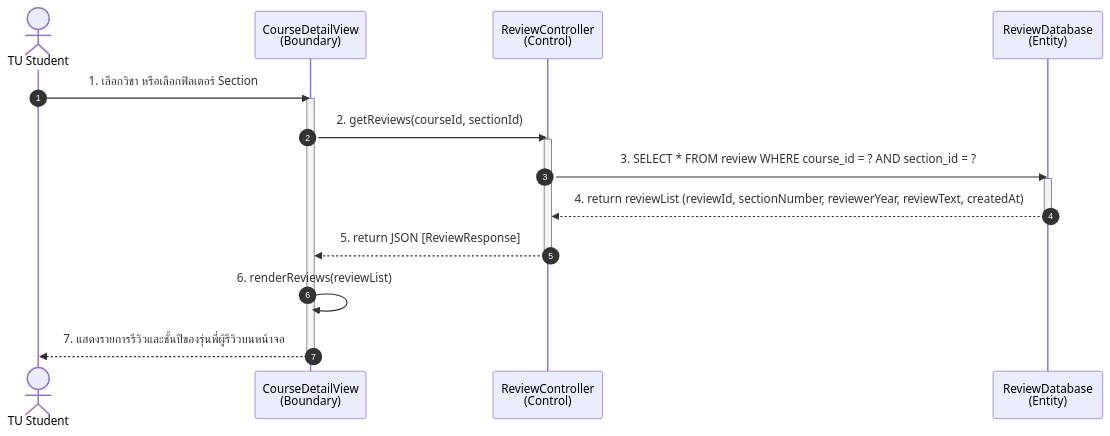
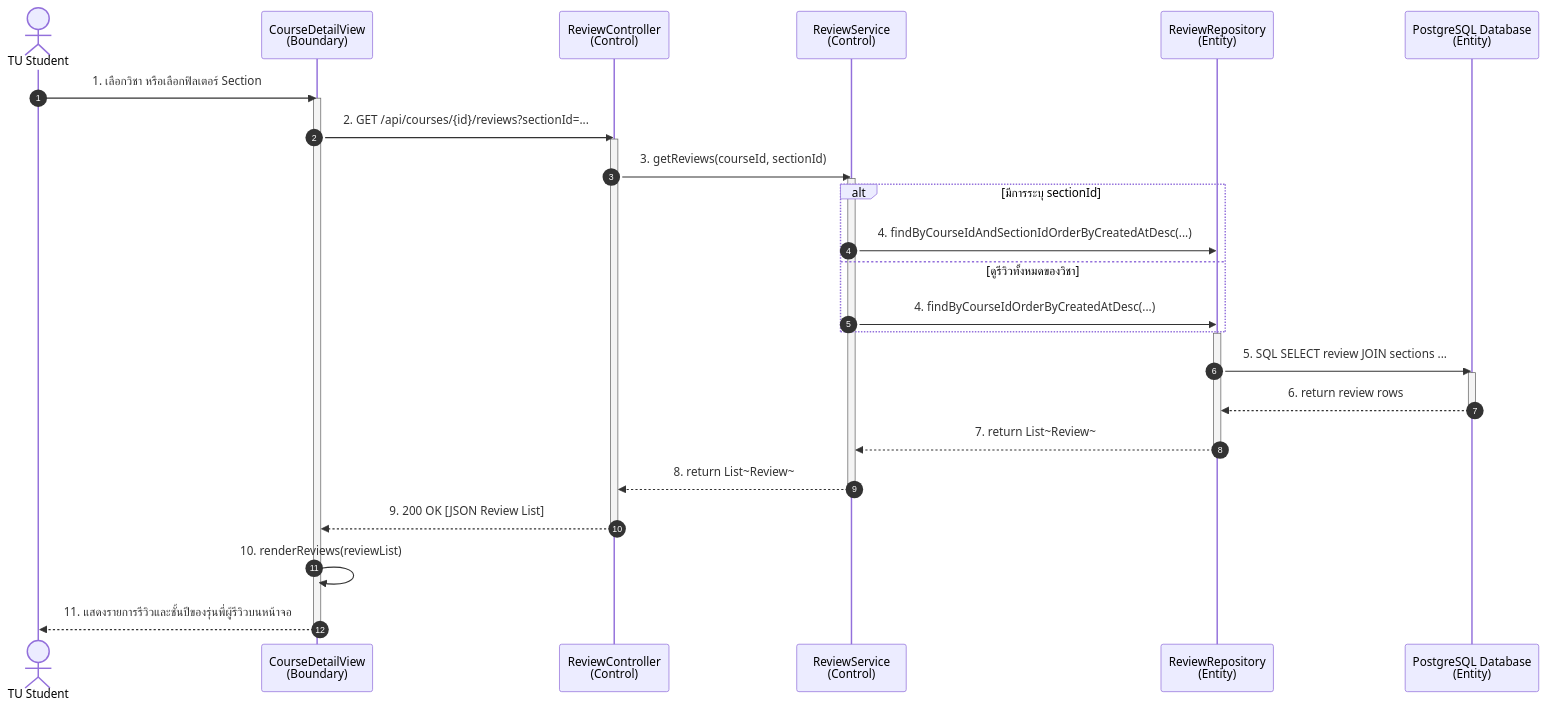
Before and after one commit to jubiep/CSTU-NEXUS: the first of 5 diagrams in docs/sequence-diagrams.md, drawn with Mermaid. The commit also changed other lines of this file and 6 other files, not shown here.

````diff
--- a/docs/sequence-diagrams.md
+++ b/docs/sequence-diagrams.md
@@ -21,25 +21,39 @@
 ```mermaid
 sequenceDiagram
     autonumber
     actor Student as TU Student
     participant View as CourseDetailView<br/>(Boundary)
     participant Ctrl as ReviewController<br/>(Control)
-    participant DB as ReviewDatabase<br/>(Entity)
+    participant Svc as ReviewService<br/>(Control)
+    participant Repo as ReviewRepository<br/>(Entity)
+    participant DB as PostgreSQL Database<br/>(Entity)
 
     Student->>View: 1. เลือกวิชา หรือเลือกฟิลเตอร์ Section
     activate View
-    View->>Ctrl: 2. getReviews(courseId, sectionId)
+    View->>Ctrl: 2. GET /api/courses/{id}/reviews?sectionId=...
     activate Ctrl
     
-    Ctrl->>DB: 3. SELECT * FROM review WHERE course_id = ? AND section_id = ?
+    Ctrl->>Svc: 3. getReviews(courseId, sectionId)
+    activate Svc
+    
+    alt มีการระบุ sectionId
+        Svc->>Repo: 4. findByCourseIdAndSectionIdOrderByCreatedAtDesc(...)
+    else ดูรีวิวทั้งหมดของวิชา
+        Svc->>Repo: 4. findByCourseIdOrderByCreatedAtDesc(...)
+    end
+    activate Repo
+    Repo->>DB: 5. SQL SELECT review JOIN sections ...
     activate DB
-    DB-->>Ctrl: 4. return reviewList (reviewId, sectionNumber, reviewerYear, reviewText, createdAt)
+    DB-->>Repo: 6. return review rows
     deactivate DB
-    
-    Ctrl-->>View: 5. return JSON [ReviewResponse]
+    Repo-->>Svc: 7. return List~Review~
+    deactivate Repo
+    Svc-->>Ctrl: 8. return List~Review~
+    deactivate Svc
+    Ctrl-->>View: 9. 200 OK [JSON Review List]
     deactivate Ctrl
     
-    View->>View: 6. renderReviews(reviewList)
-    View-->>Student: 7. แสดงรายการรีวิวและชั้นปีของรุ่นพี่ผู้รีวิวบนหน้าจอ
+    View->>View: 10. renderReviews(reviewList)
+    View-->>Student: 11. แสดงรายการรีวิวและชั้นปีของรุ่นพี่ผู้รีวิวบนหน้าจอ
     deactivate View
 ```
````
